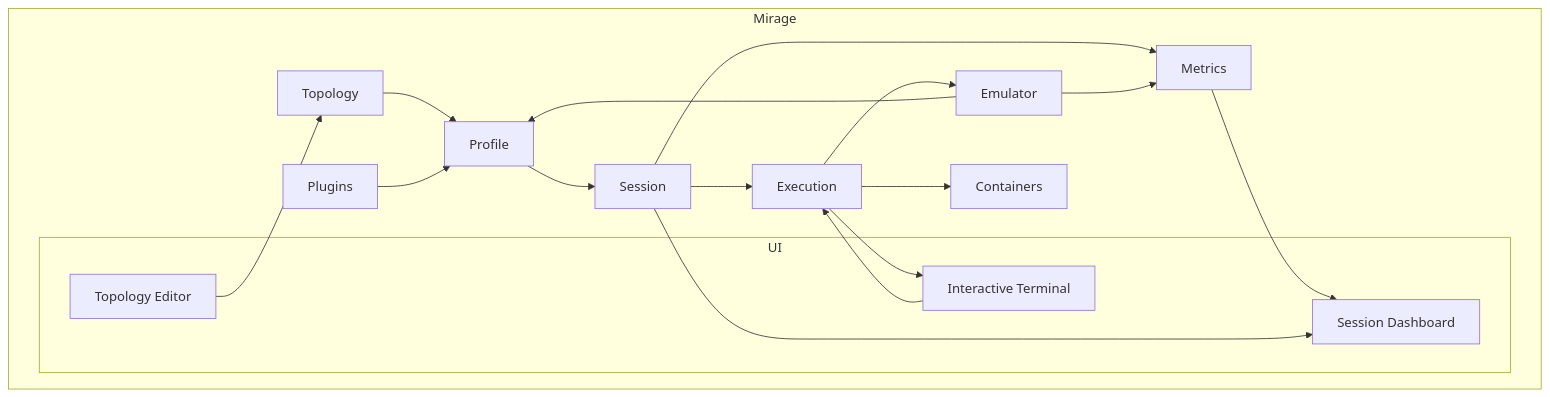
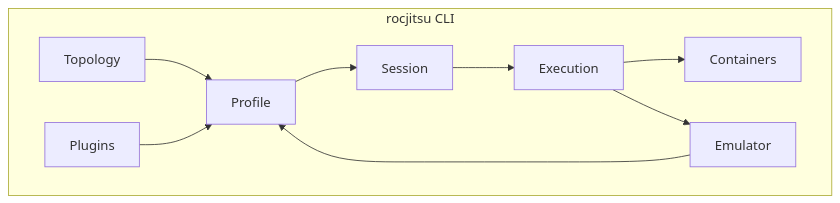
One commit to ROCm/rocm-systems changed the second of 2 diagrams in emulation/README.md. Above: the diagram before and after it, drawn with Mermaid. The commit also changed other lines of this file and 252 other files, not shown here.

First line of the commit message:
Merge mirage CLI into rocjitsu

````diff
--- a/emulation/README.md
+++ b/emulation/README.md
@@ -155,33 +150,18 @@
 ```mermaid
 flowchart TB
-    subgraph MIRAGE["Mirage"]
-        subgraph UI["UI"]
-            TOPOE["Topology Editor"]
-            TERM["Interactive Terminal"]
-            DASHBOARD["Session Dashboard"]
-        end
-
+    subgraph CLI["rocjitsu CLI"]
         TOPO["Topology"]
-
         SIM["Emulator"]
         PLUGINS["Plugins"]
+        PROFILE["Profile"]
+        SESSION["Session"]
+        EXECUTION["Execution"]
+        CONTAINERS["Containers"]
         TOPO --> PROFILE
         SIM --> PROFILE
         PLUGINS --> PROFILE
-        PROFILE["Profile"]
-        SESSION["Session"]
-        METRICS["Metrics"]
-        SESSION --> METRICS
-        METRICS --> DASHBOARD
-        EXECUTION["Execution "]
         PROFILE --> SESSION --> EXECUTION
-        SESSION --> DASHBOARD
-        CONTAINERS["Containers"]
         EXECUTION --> CONTAINERS
         EXECUTION --> SIM
-        EXECUTION --> TERM
-        TERM --> EXECUTION
-        SIM --> METRICS
-        TOPOE --> TOPO
     end
 ```
````
